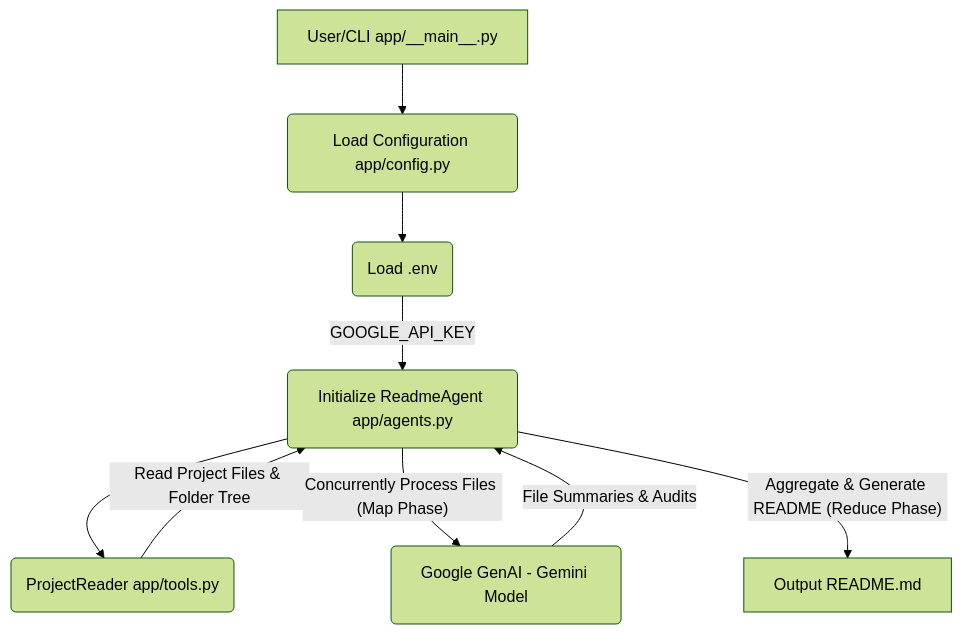
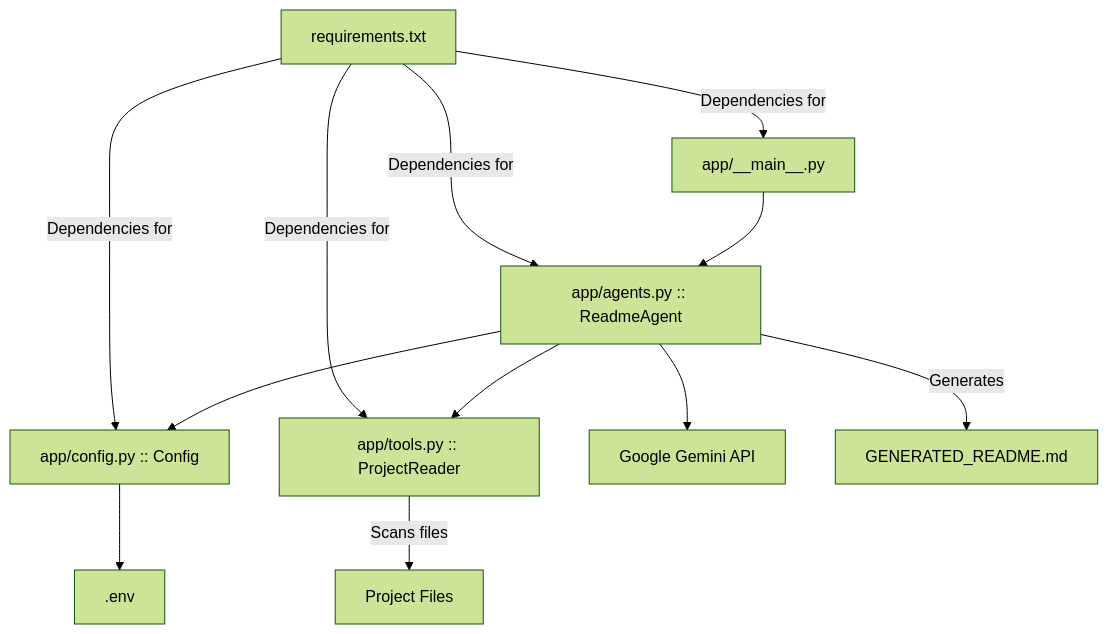
One commit to shreeg25/RepoXray changed the diagram in GENERATED_README.md. Above: the diagram before and after it, drawn with Mermaid (forest theme). The commit also changed other lines of this file, not shown here.

Commit message:
generated readme

````diff
--- a/GENERATED_README.md
+++ b/GENERATED_README.md
@@ -7,11 +7,15 @@
 ```mermaid
 graph TD
-    A[User/CLI app/__main__.py] --> B(Load Configuration app/config.py);
-    B --> C(Load .env);
-    C -- GOOGLE_API_KEY --> D(Initialize ReadmeAgent app/agents.py);
-    D --> E(ProjectReader app/tools.py);
-    E -- Read Project Files & Folder Tree --> D;
-    D -- Concurrently Process Files (Map Phase) --> F(Google GenAI - Gemini Model);
-    F -- File Summaries & Audits --> D;
-    D -- Aggregate & Generate README (Reduce Phase) --> G[Output README.md];
+    A["app/__main__.py"] --> B["app/agents.py :: ReadmeAgent"]
+    B --> C["app/config.py :: Config"]
+    C --> E[".env"]
+    B --> D["app/tools.py :: ProjectReader"]
+    B --> H["Google Gemini API"]
+    D --> |Scans files| X["Project Files"]
+    B -- "Generates" --> G["GENERATED_README.md"]
+
+    F["requirements.txt"] --> |Dependencies for| A
+    F --> |Dependencies for| B
+    F --> |Dependencies for| C
+    F --> |Dependencies for| D
 ```
````
